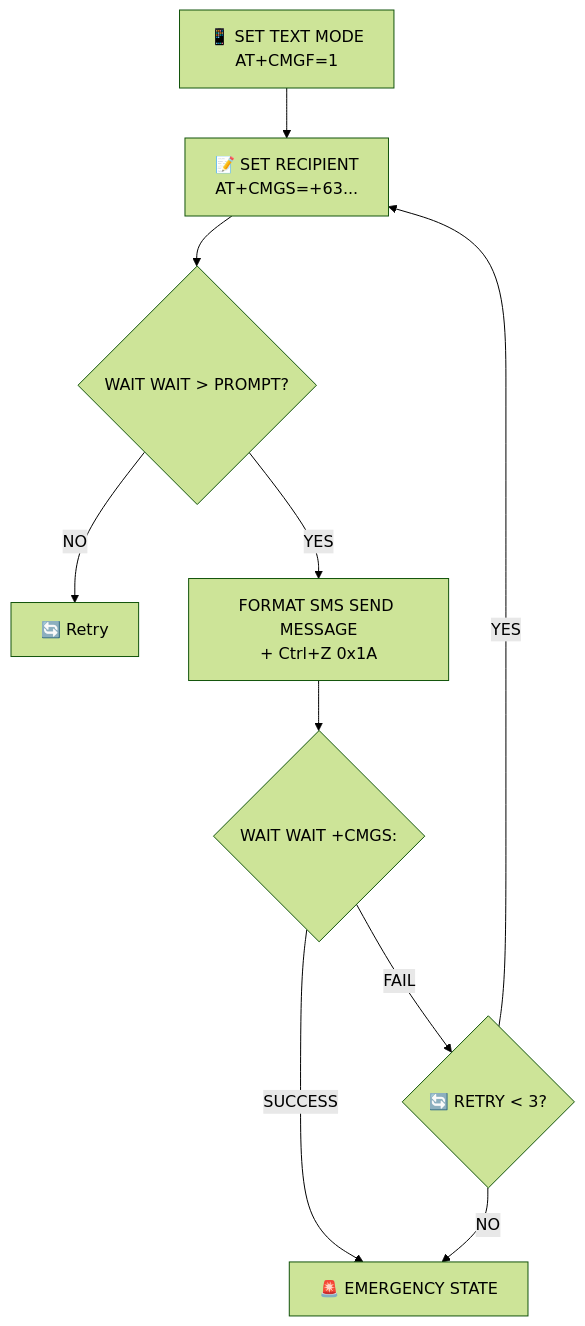
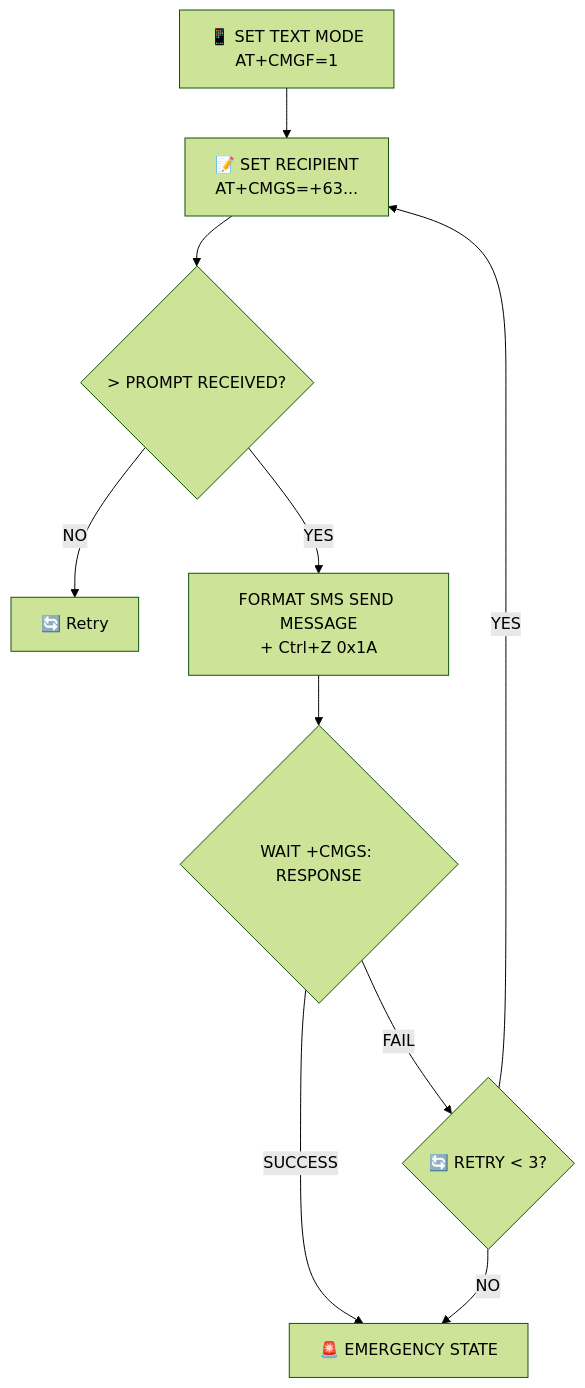
One commit to qppd/smart-vehicle-impact-detection-device changed the fifth of 7 diagrams in docs/FLOWCHART.md. Above: the diagram before and after it, drawn with Mermaid (forest theme). The commit also changed other lines of this file and 10 other files, not shown here.

````diff
--- a/docs/FLOWCHART.md
+++ b/docs/FLOWCHART.md
@@ -106,12 +107,12 @@
 ```mermaid
 flowchart TD
-    CMGF["📱 SET TEXT MODE<br/>AT+CMGF=1"] --> CMGS["📝 SET RECIPIENT<br/>AT+CMGS="+63...""]
-    CMGS --> WAIT_PROMPT{"WAIT WAIT > PROMPT?"}
+    CMGF["📱 SET TEXT MODE<br/>AT+CMGF=1"] --> CMGS["📝 SET RECIPIENT<br/>AT+CMGS=+63..."]
+    CMGS --> WAIT_PROMPT{"> PROMPT RECEIVED?"}
     WAIT_PROMPT -->|NO| RETRY_SEND["🔄 Retry"]
     WAIT_PROMPT -->|YES| SEND_MSG["FORMAT SMS SEND MESSAGE<br/>+ Ctrl+Z 0x1A"]
-    SEND_MSG --> WAIT_OK{"WAIT WAIT +CMGS:"}
+    SEND_MSG --> WAIT_OK{"WAIT +CMGS: RESPONSE"}
     WAIT_OK -->|SUCCESS| EMERGENCY["🚨 EMERGENCY STATE"]
     WAIT_OK -->|FAIL| RETRY_COUNT{"🔄 RETRY < 3?"}
     RETRY_COUNT -->|YES| CMGS
     RETRY_COUNT -->|NO| EMERGENCY
 ```
````
